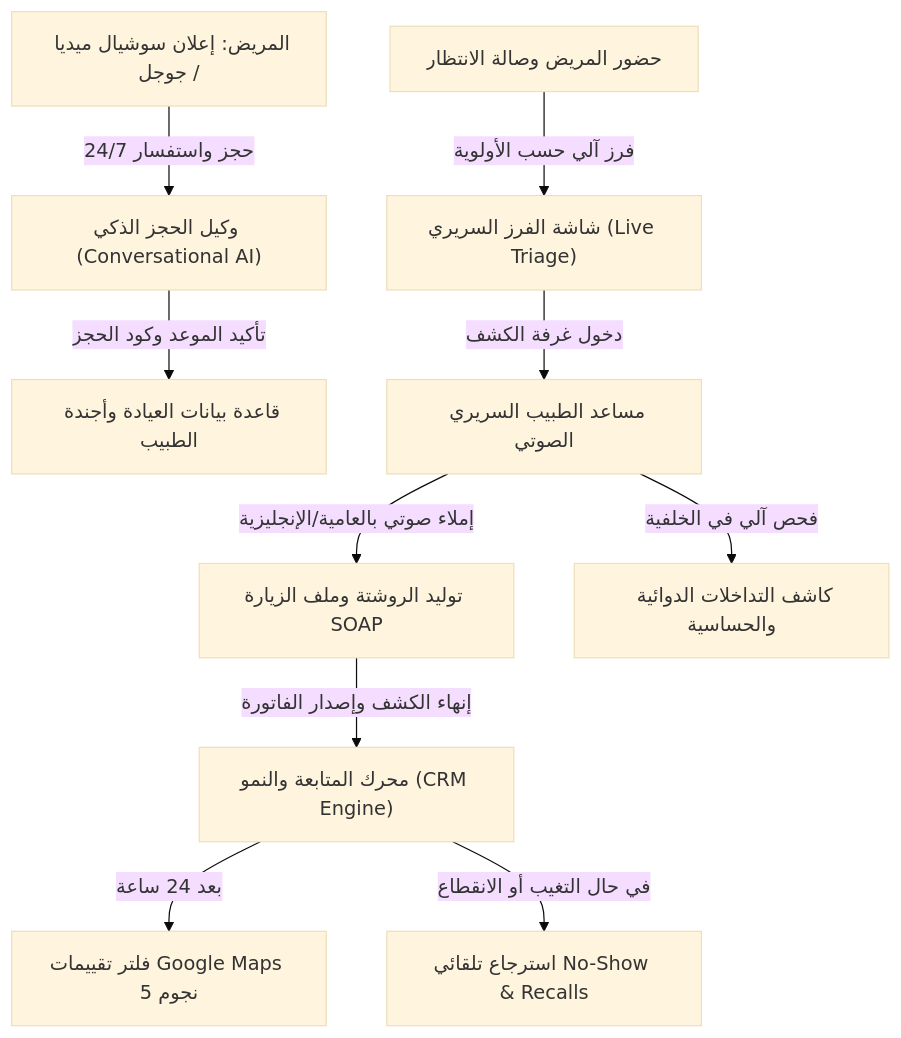
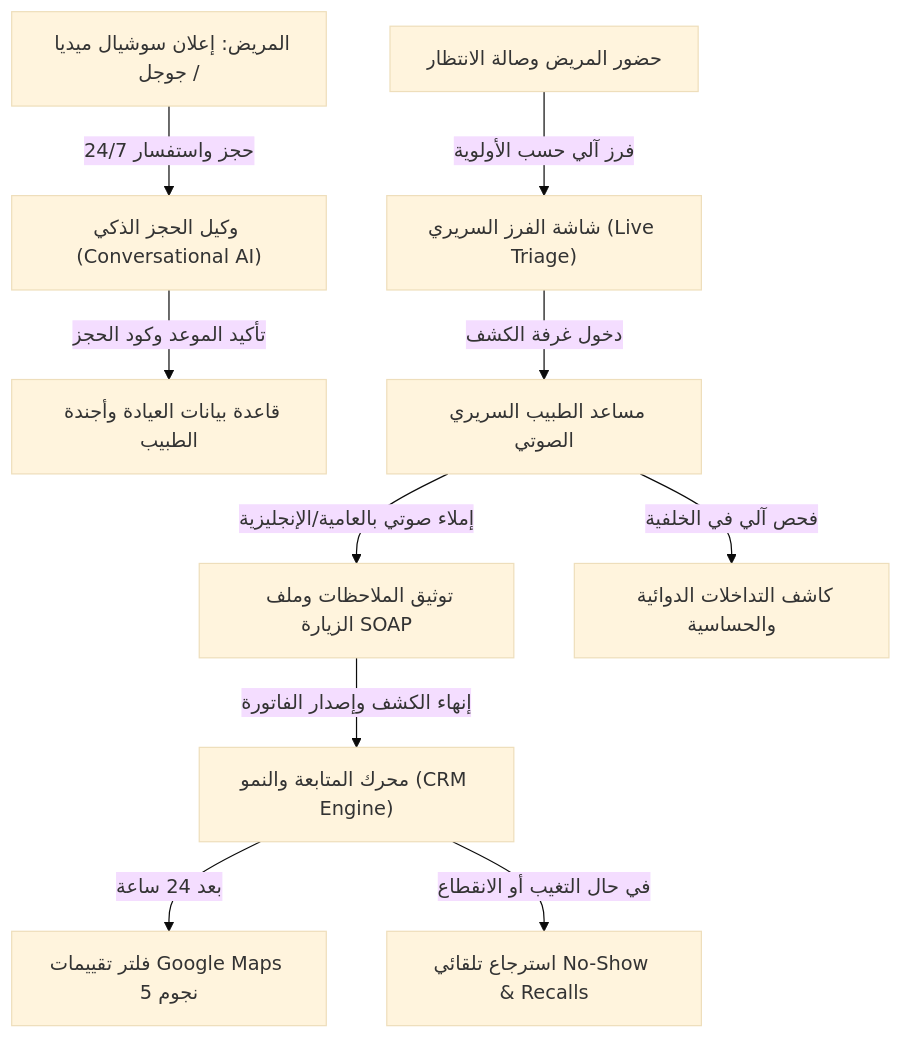
The diagram in AI_BUSINESS_DOSSIER.md (zainselim845-create/clinic-flow), drawn with Mermaid (base theme) before and after one commit. The commit also changed other lines of this file and 50 other files, not shown here.

Commit message:
feat(multi-tenant): Enterprise B2B SaaS architecture, dynamic tenant routing, quotas & super-admin portal

````diff
--- a/AI_BUSINESS_DOSSIER.md
+++ b/AI_BUSINESS_DOSSIER.md
@@ -20,15 +20,15 @@
 ```mermaid
 graph TD
     A["المريض: إعلان سوشيال ميديا / جوجل"] -->|حجز واستفسار 24/7| B["وكيل الحجز الذكي (Conversational AI)"]
     B -->|تأكيد الموعد وكود الحجز| C["قاعدة بيانات العيادة وأجندة الطبيب"]
     
     D["حضور المريض وصالة الانتظار"] -->|فرز آلي حسب الأولوية| E["شاشة الفرز السريري (Live Triage)"]
     
     E -->|دخول غرفة الكشف| F["مساعد الطبيب السريري الصوتي"]
-    F -->|إملاء صوتي بالعامية/الإنجليزية| G["توليد الروشتة وملف الزيارة SOAP"]
+    F -->|إملاء صوتي بالعامية/الإنجليزية| G["توثيق الملاحظات وملف الزيارة SOAP"]
     F -->|فحص آلي في الخلفية| H["كاشف التداخلات الدوائية والحساسية"]
     
     G -->|إنهاء الكشف وإصدار الفاتورة| I["محرك المتابعة والنمو (CRM Engine)"]
     I -->|بعد 24 ساعة| J["فلتر تقييمات Google Maps 5 نجوم"]
     I -->|في حال التغيب أو الانقطاع| K["استرجاع تلقائي No-Show & Recalls"]
 ```
````
